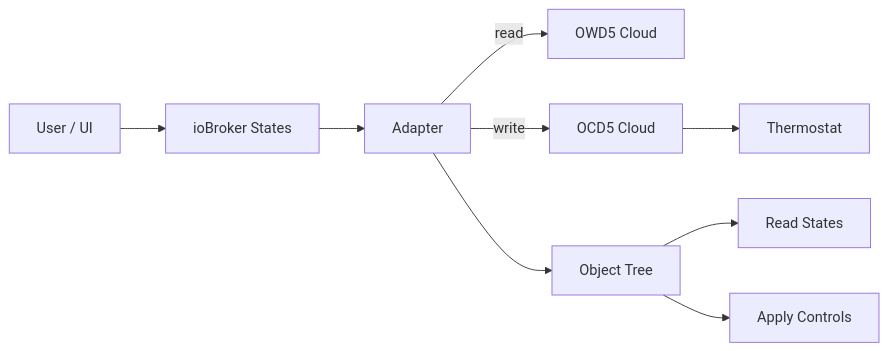
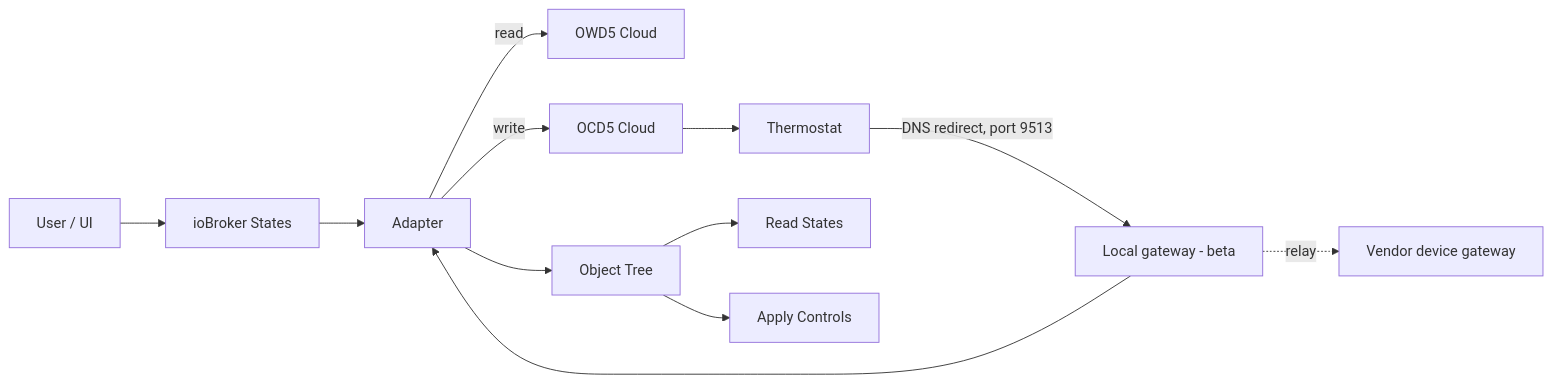
The first of 2 diagrams in README.md (patricknitsch/ioBroker.schlueter-thermostat), drawn with Mermaid before and after one commit. The commit also changed other lines of this file and 20 other files, not shown here.

````diff
--- a/README.md
+++ b/README.md
@@ -72,13 +74,17 @@
 ```mermaid
 flowchart LR
   UI[User / UI] --> IO[ioBroker States]
   IO --> ADP[Adapter]
 
   ADP -->|read| OWD5[OWD5 Cloud]
   ADP -->|write| OCD5[OCD5 Cloud]
   OCD5 --> TH[Thermostat]
 
+  TH -->|DNS redirect, port 9513| GW[Local gateway - beta]
+  GW --> ADP
+  GW -.->|relay| VG[Vendor device gateway]
+
   ADP --> OBJ[Object Tree]
   OBJ --> RO[Read States]
   OBJ --> AP[Apply Controls]
 ```
````
